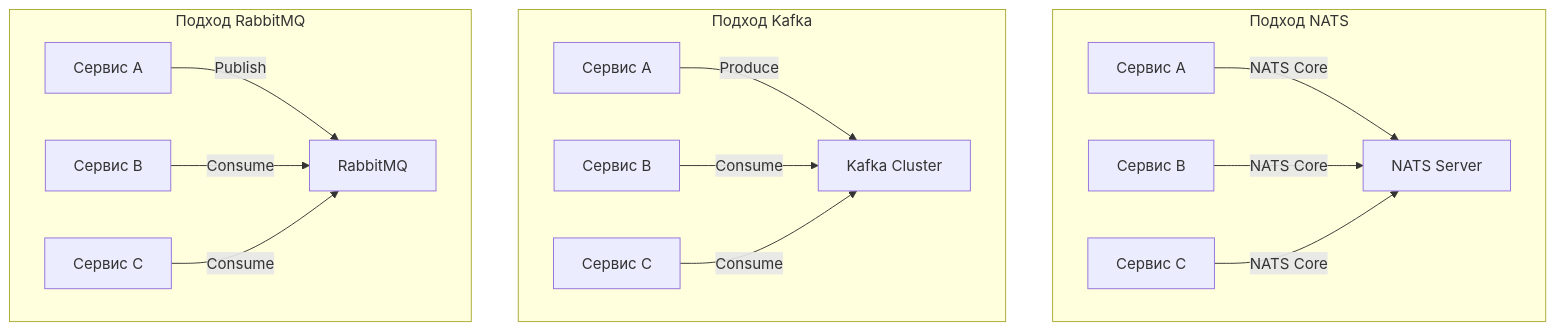
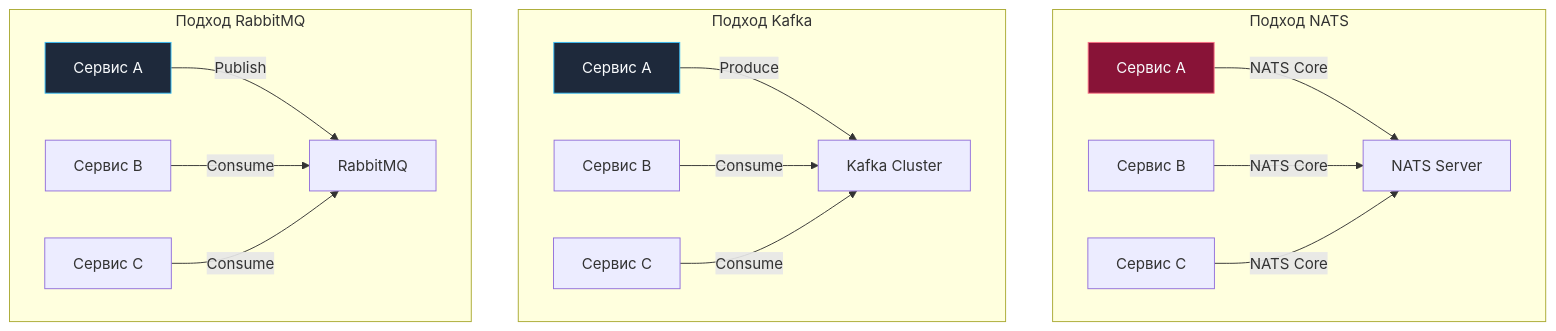
One commit to UnrealTemplier/go-textbook changed the diagram in sources/13. Очереди, брокеры сообщений и оркестраторы/04. NATS/6. NATS vs Kafka vs RabbitMQ.md. Above: the diagram before and after it, drawn with Mermaid. The commit also changed 1666 other files, not shown here.

First line of the commit message:
feat(mermaid): add semantic color classDef to 1369 colorless flowchart/graph diagrams

````diff
--- a/sources/13. Очереди, брокеры сообщений и оркестраторы/04. NATS/6. NATS vs Kafka vs RabbitMQ.md
+++ b/sources/13. Очереди, брокеры сообщений и оркестраторы/04. NATS/6. NATS vs Kafka vs RabbitMQ.md
@@ -215,20 +215,30 @@
 ```mermaid
 graph TB
+    classDef process  fill:#1e293b,stroke:#38bdf8,stroke-width:1px,color:#f8fafc
+    classDef success  fill:#064e3b,stroke:#34d399,stroke-width:1px,color:#f8fafc
+    classDef error    fill:#7f1d1d,stroke:#f87171,stroke-width:1px,color:#f8fafc
+    classDef warning  fill:#78350f,stroke:#fbbf24,stroke-width:1px,color:#f8fafc
+    classDef entry    fill:#1e3a5f,stroke:#38bdf8,stroke-width:2px,color:#f8fafc
+    classDef aux      fill:#334155,stroke:#64748b,stroke-width:1px,color:#f8fafc
+    classDef system   fill:#312e81,stroke:#a78bfa,stroke-width:1px,color:#f8fafc
+    classDef data     fill:#132d29,stroke:#2dd4bf,stroke-width:1px,color:#f8fafc
+    classDef network  fill:#881337,stroke:#fb7185,stroke-width:1px,color:#f8fafc
+    classDef accent   fill:#1e1b4b,stroke:#818cf8,stroke-width:1px,color:#f8fafc
     subgraph "Подход NATS"
-        S1["Сервис A"] -->|"NATS Core"| NS["NATS Server"]
+        S1["Сервис A"]:::network -->|"NATS Core"| NS["NATS Server"]
         S2["Сервис B"] -->|"NATS Core"| NS
         S3["Сервис C"] -->|"NATS Core"| NS
     end
     
     subgraph "Подход Kafka"
-        SA["Сервис A"] -->|"Produce"| KS["Kafka Cluster"]
+        SA["Сервис A"]:::process -->|"Produce"| KS["Kafka Cluster"]
         SB["Сервис B"] -->|"Consume"| KS
         SC["Сервис C"] -->|"Consume"| KS
     end
     
     subgraph "Подход RabbitMQ"
-        SAA["Сервис A"] -->|"Publish"| RMQ["RabbitMQ"]
+        SAA["Сервис A"]:::process -->|"Publish"| RMQ["RabbitMQ"]
         SBB["Сервис B"] -->|"Consume"| RMQ
         SCC["Сервис C"] -->|"Consume"| RMQ
     end
 ```
````
